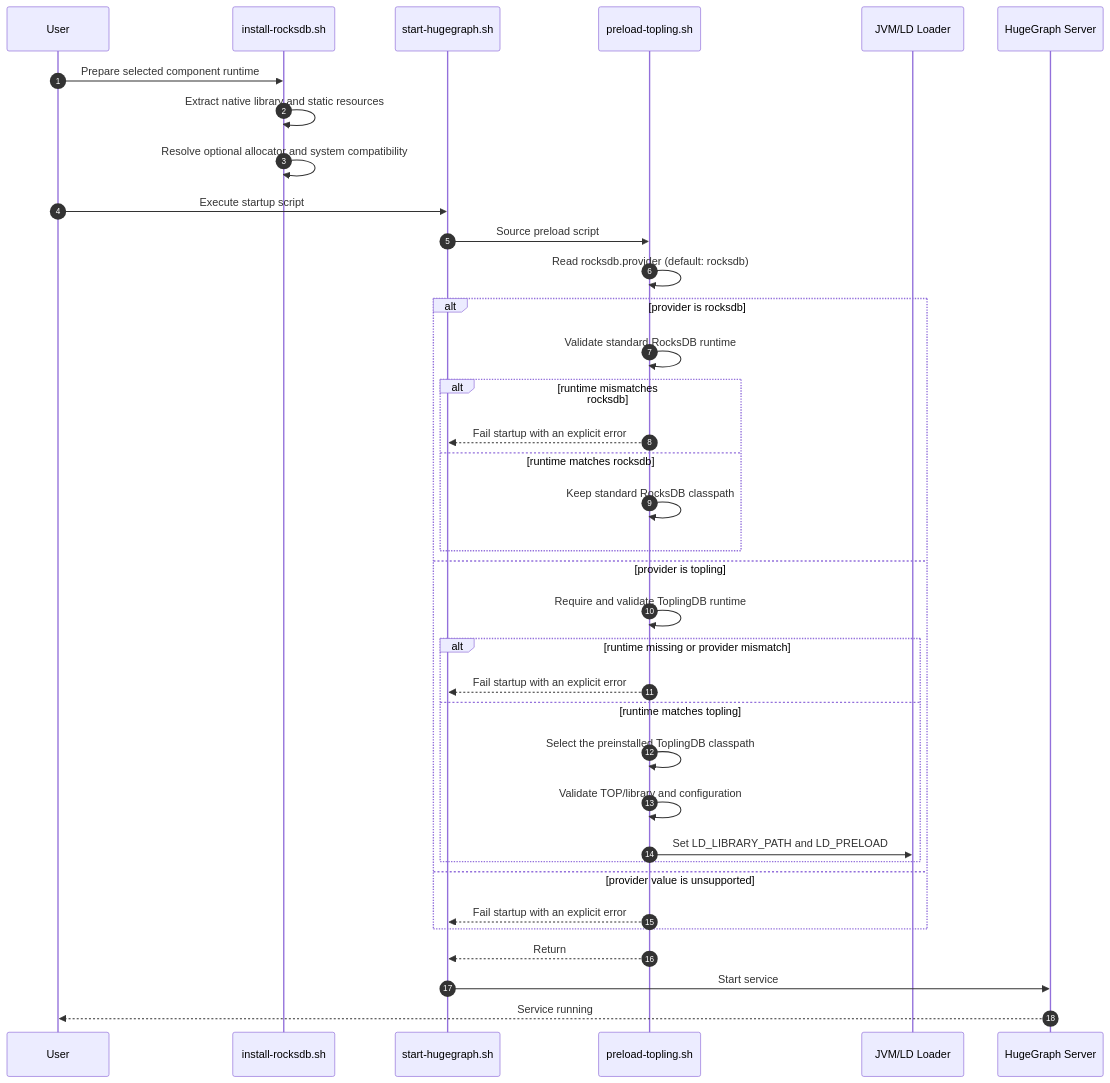
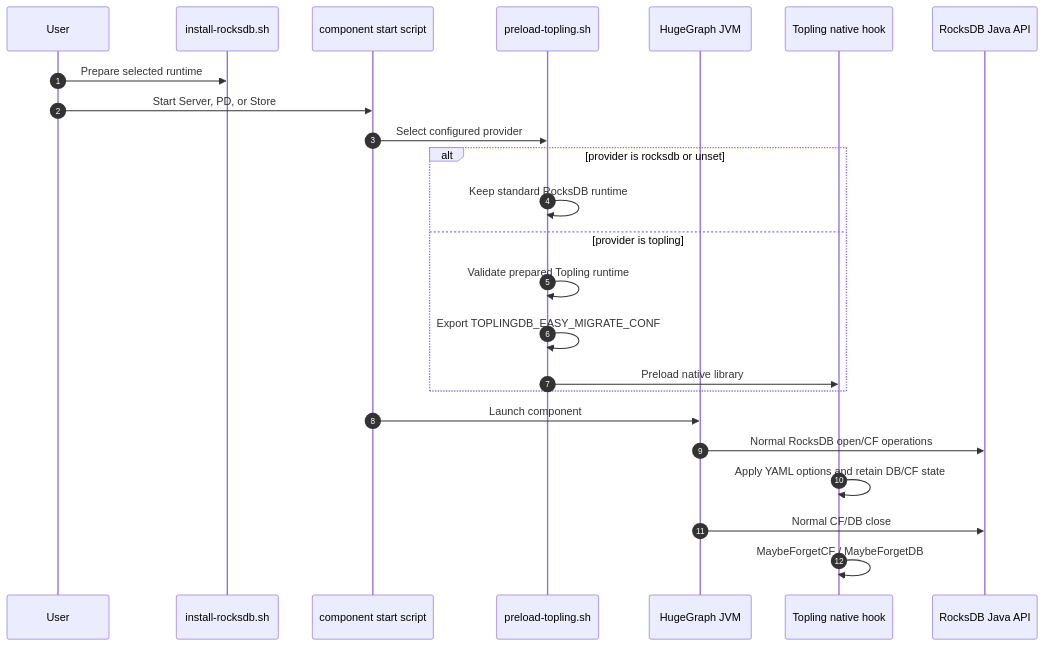
Before and after one commit to hugegraph/hugegraph: the diagram in .specs/hugegraph-server/ToplingDB/design.md, drawn with Mermaid. The commit also changed other lines of this file and 11 other files, not shown here.

First line of the commit message:
fix(toplingdb): align easy migrate lifecycle

````diff
--- a/.specs/hugegraph-server/ToplingDB/design.md
+++ b/.specs/hugegraph-server/ToplingDB/design.md
@@ -31,39 +33,27 @@
 ```mermaid
 sequenceDiagram
   autonumber
-  participant User as User
+  participant User
   participant Install as install-rocksdb.sh
-  participant StartSh as start-hugegraph.sh
+  participant Start as component start script
   participant Preload as preload-topling.sh
-  participant JVM as JVM/LD Loader
-  participant Server as HugeGraph Server
+  participant JVM as HugeGraph JVM
+  participant Hook as Topling native hook
+  participant Rocks as RocksDB Java API
 
-  User->>Install: Prepare selected component runtime
-  Install->>Install: Extract native library and static resources
-  Install->>Install: Resolve optional allocator and system compatibility
-  User->>StartSh: Execute startup script
-  StartSh->>Preload: Source preload script
-  Preload->>Preload: Read rocksdb.provider (default: rocksdb)
-  alt provider is rocksdb
-    Preload->>Preload: Validate standard RocksDB runtime
-    alt runtime mismatches rocksdb
-      Preload-->>StartSh: Fail startup with an explicit error
-    else runtime matches rocksdb
-      Preload->>Preload: Keep standard RocksDB classpath
-    end
+  User->>Install: Prepare selected runtime
+  User->>Start: Start Server, PD, or Store
+  Start->>Preload: Select configured provider
+  alt provider is rocksdb or unset
+    Preload->>Preload: Keep standard RocksDB runtime
   else provider is topling
-    Preload->>Preload: Require and validate ToplingDB runtime
-    alt runtime missing or provider mismatch
-      Preload-->>StartSh: Fail startup with an explicit error
-    else runtime matches topling
-      Preload->>Preload: Select the preinstalled ToplingDB classpath
-      Preload->>Preload: Validate TOP/library and configuration
-      Preload->>JVM: Set LD_LIBRARY_PATH and LD_PRELOAD
-    end
-  else provider value is unsupported
-    Preload-->>StartSh: Fail startup with an explicit error
+    Preload->>Preload: Validate prepared Topling runtime
+    Preload->>Preload: Export TOPLINGDB_EASY_MIGRATE_CONF
+    Preload->>Hook: Preload native library
   end
-  Preload-->>StartSh: Return
-  StartSh->>Server: Start service
-  Server-->>User: Service running
+  Start->>JVM: Launch component
+  JVM->>Rocks: Normal RocksDB open/CF operations
+  Hook->>Hook: Apply YAML options and retain DB/CF state
+  JVM->>Rocks: Normal CF/DB close
+  Hook->>Hook: MaybeForgetCF / MaybeForgetDB
 ```
````
